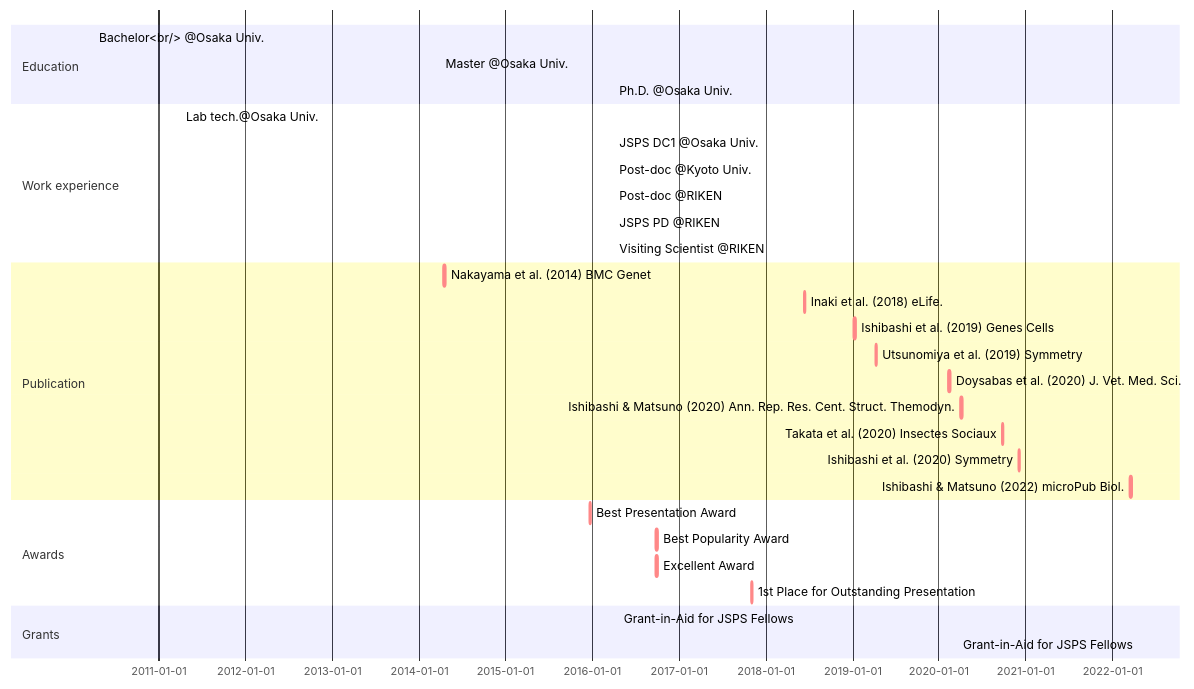
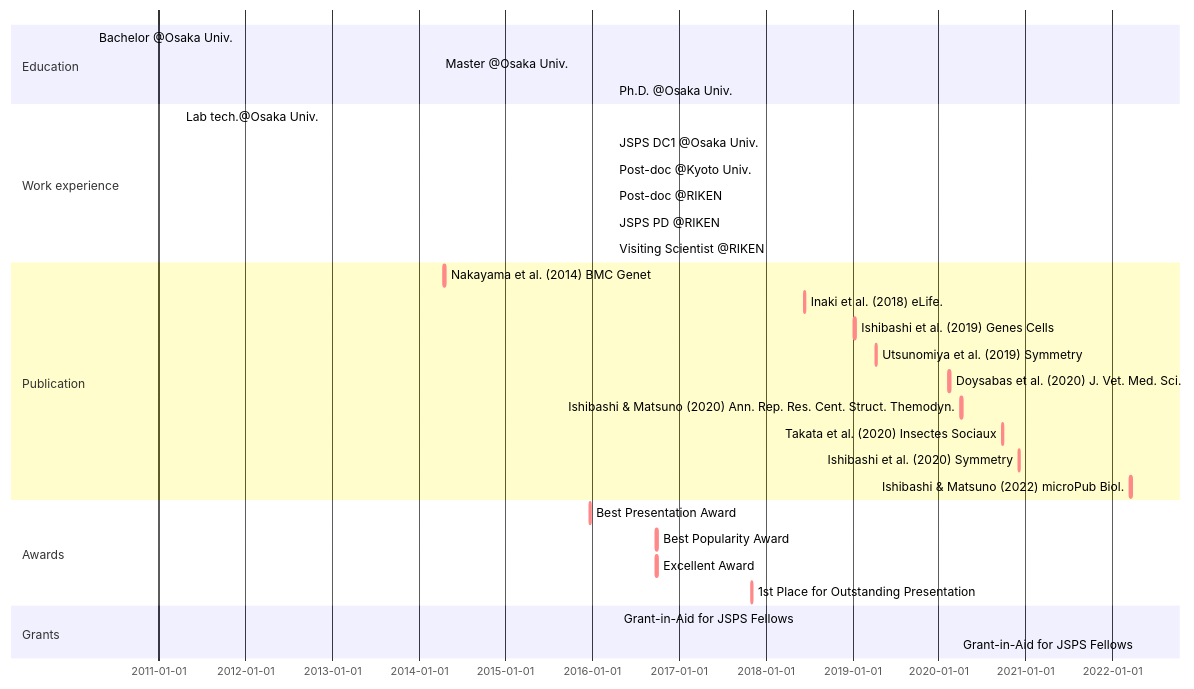
Before and after one commit to ishibaki/ishibaki.github.io: the diagram in _includes/mermaid-cv.md, drawn with Mermaid.

````diff
--- a/_includes/mermaid-cv.md
+++ b/_includes/mermaid-cv.md
@@ -1,32 +1,32 @@
 ```mermaid
 gantt
 section Education
-  Bachelor<br/> @Osaka Univ. : BS, 2010-04-01, 2014-03-25
+  Bachelor @Osaka Univ. : BS, 2010-04-01, 2014-03-25
   Master @Osaka Univ.   : MS, 2014-04-01, 2016-03-28
   Ph.D. @Osaka Univ.    : Ph.D., 2016-04-01, 2019-03-25
 section Work experience
   Lab tech.@Osaka Univ.     : done, OU-tech, 2011-04-01, 2012-03-31
   JSPS DC1 @Osaka Univ.     : done, DC1, 2016-04-01, 2019-03-31
   Post-doc @Kyoto Univ.     : done, KU-postdoc, after DC1, 2021-04-30
   Post-doc @RIKEN           : done, RIKEN-postdoc, after KU-postdoc, 2022-03-31
   JSPS PD @RIKEN            : active, PD, after RIKEN-postdoc, 2025-03-31
   Visiting Scientist @RIKEN : active, PD, after RIKEN-postdoc, 2025-03-31
 section Publication
   Nakayama et al. (2014) BMC Genet          : crit, nakayama2014, 2014-04-16, 1w
   Inaki et al. (2018) eLife.                : crit, inaki2018, 2018-06-12, 1w
   Ishibashi et al. (2019) Genes Cells       : crit, ishibashi2019, 2019-01-09, 1w
   Utsunomiya et al. (2019) Symmetry         : crit, utsunomiya2019, 2019-04-08, 1w
   Doysabas et al. (2020) J. Vet. Med. Sci.  : crit, doysabas2020, 2020-02-12, 1w
   Ishibashi & Matsuno (2020) Ann. Rep. Res. Cent. Struct. Themodyn. : crit, ishibashi2020a, 2020-04-01, 1w
   Takata et al. (2020) Insectes Sociaux     : crit, takata2020, 2020-09-22, 1w
   Ishibashi et al. (2020) Symmetry          : crit, ishibashi2020b, 2020-12-02, 1w
   Ishibashi & Matsuno (2022) microPub Biol. : crit, ishibashi2022, 2022-03-18, 1w
 section Awards
   Best Presentation Award                : crit, aw_1, 2015-12-20, 1w
   Best Popularity Award                  : crit, aw_2, 2016-09-25, 1w
   Excellent Award                        : crit, aw_3, 2016-09-25, 1w
   1st Place for Outstanding Presentation : crit, aw_4, 2017-11-01, 1w
 section Grants
   Grant-in-Aid for JSPS Fellows : done, grant_DC1, 2016-04-22, 2019-03-31
   Grant-in-Aid for JSPS Fellows : active, grant_PD, 2022-04-22, 2025-03-31
 ```
````
